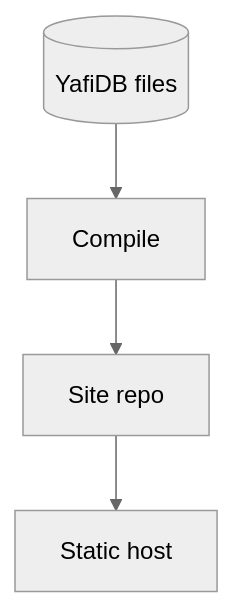
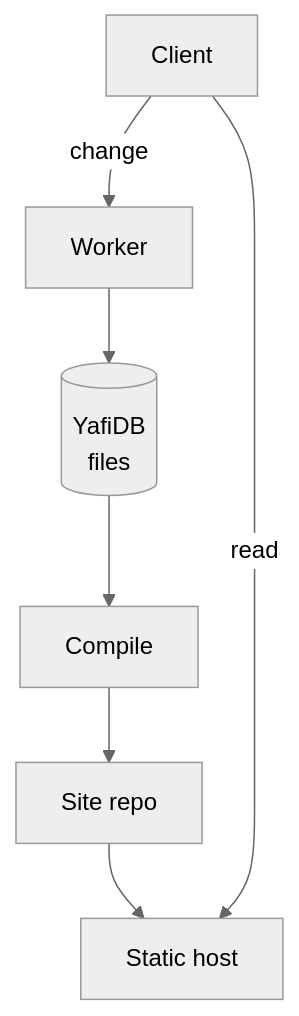
Before and after one commit to bristweb/yafidb: the diagram in docs/static-site.md, drawn with Mermaid (neutral theme). The commit also changed other lines of this file and 1 other file, not shown here.

Commit message:
Separate change and read paths in orchestration diagrams

````diff
--- a/docs/static-site.md
+++ b/docs/static-site.md
@@ -13,6 +13,10 @@
 ```mermaid
 flowchart TB
-    F[(YafiDB files)] --> C[Compile]
-    C --> R[Site repo]
+    C[Client]
+    C -->|change| W[Worker]
+    W --> F[(YafiDB<br/>files)]
+    F --> K[Compile]
+    K --> R[Site repo]
     R --> H[Static host]
+    C -->|read| H
 ```
````
